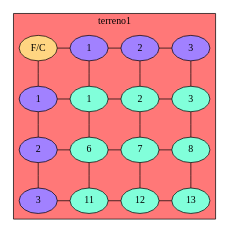
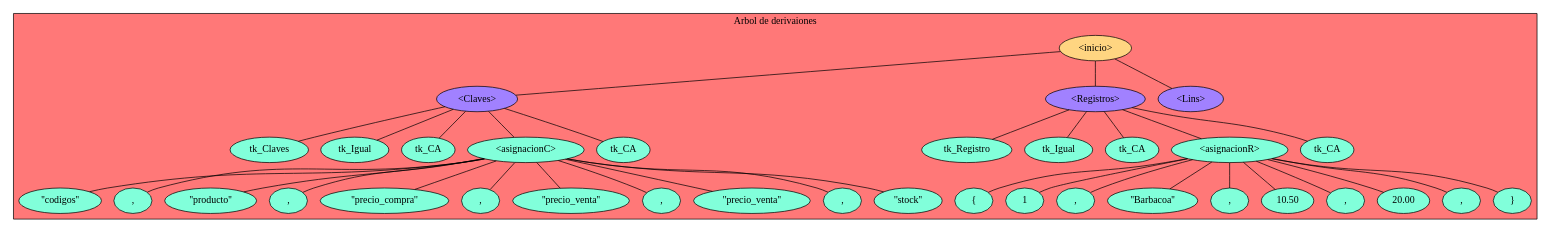
One commit to SergieArizandieta/LFP_Proyecto2_202000119 changed the diagram in Diagramas/Pantilla.dot. Above: the diagram before and after it, drawn with Graphviz. The commit also changed 20 other files, not shown here.

```diff
--- a/Diagramas/Pantilla.dot
+++ b/Diagramas/Pantilla.dot
@@ -1,71 +1,97 @@
 
 graph L{
 node[shape=oval fillcolor="#A181FF" style =filled]
 
 subgraph cluster_p{
-label= " terreno1 "
+label= " Arbol de derivaiones "
 bgcolor = "#FF7878"
-raiz[label = "F/C" fillcolor="#FFD581" ]
-
-Fila1[label="1",group=1];
-Fila2[label="2",group=1];
-Fila3[label="3",group=1];
-
-Fila1--Fila2;
-Fila2--Fila3;
-
-Columna1[label="1",group=2];
-Columna2[label="2",group=3];
-Columna3[label="3",group=4];
-
-Columna1--Columna2;
-Columna2--Columna3;
-
-raiz--Fila1; 
-raiz--Columna1;
-
- {rank=same;raiz;Columna1;Columna2;Columna3;}
-
-nodo1_1[label="1",fillcolor="#81FFDA",group=2]
-nodo1_2[label="2",fillcolor="#81FFDA",group=3]
-nodo1_3[label="3",fillcolor="#81FFDA",group=4]
-
-nodo2_1[label="6",fillcolor="#81FFDA",group=2]
-nodo2_2[label="7",fillcolor="#81FFDA",group=3]
-nodo2_3[label="8",fillcolor="#81FFDA",group=4]
-
-nodo3_1[label="11",fillcolor="#81FFDA",group=2]
-nodo3_2[label="12",fillcolor="#81FFDA",group=3]
-nodo3_3[label="13",fillcolor="#81FFDA",group=4]
-
-Fila1--nodo1_1;
-{rank=same;Fila1,nodo1_1,nodo1_2,nodo1_3}
-Fila2--nodo2_1;
-{rank=same;Fila2,nodo2_1,nodo2_2,nodo2_3}
-Fila3--nodo3_1;
-{rank=same;Fila3,nodo3_1,nodo3_2,nodo3_3}
-
-Columna1--nodo1_1;
-Columna2--nodo1_2;
-Columna3--nodo1_3;
-
-nodo1_1--nodo1_2;
-nodo1_2--nodo1_3;
-
-nodo2_1--nodo2_2;
-nodo2_2--nodo2_3;
-
-nodo3_1--nodo3_2;
-nodo3_2--nodo3_3;
+raiz[label = "<inicio>" fillcolor="#FFD581" ]
 
 
- /*Enlazar*/
- nodo1_1--nodo2_1;
-nodo1_2--nodo2_2;
-nodo1_3--nodo2_3;
+Columna1[label="<Claves>"];
+Columna2[label="<Registros>"];
+Columna3[label="<Lins>"];
 
-nodo2_1--nodo3_1;
-nodo2_2--nodo3_2;
-nodo2_3--nodo3_3;
+raiz--Columna1;
+raiz--Columna2;
+raiz--Columna3;
+
+nodo1_1_1[label="tk_Claves",fillcolor="#81FFDA"]
+nodo1_2_1[label="tk_Igual",fillcolor="#81FFDA"]
+nodo1_3_1[label="tk_CA",fillcolor="#81FFDA"]
+
+nodo1_4_1[label="<asignacionC>",fillcolor="#81FFDA"]
+nodo1_4_2[label="''codigos'' ",fillcolor="#81FFDA"]
+nodo1_4_3[label=", ",fillcolor="#81FFDA"]
+nodo1_4_4[label="''producto'' ",fillcolor="#81FFDA"]
+nodo1_4_5[label=", ",fillcolor="#81FFDA"]
+nodo1_4_6[label="''precio_compra'' ",fillcolor="#81FFDA"]
+nodo1_4_7[label=", ",fillcolor="#81FFDA"]
+nodo1_4_8[label="''precio_venta'' ",fillcolor="#81FFDA"]
+nodo1_4_9[label=", ",fillcolor="#81FFDA"]
+nodo1_4_10[label="''precio_venta'' ",fillcolor="#81FFDA"]
+nodo1_4_11[label=", ",fillcolor="#81FFDA"]
+nodo1_4_12[label="''stock'' ",fillcolor="#81FFDA"]
+
+nodo1_5_1[label="tk_CA",fillcolor="#81FFDA"]
+
+Columna1--nodo1_1_1;
+Columna1--nodo1_2_1;
+Columna1--nodo1_3_1;
+Columna1--nodo1_4_1;
+
+nodo1_4_1--nodo1_4_2
+nodo1_4_1--nodo1_4_3
+nodo1_4_1--nodo1_4_4
+nodo1_4_1--nodo1_4_5
+nodo1_4_1--nodo1_4_6
+nodo1_4_1--nodo1_4_7
+nodo1_4_1--nodo1_4_8
+nodo1_4_1--nodo1_4_9
+nodo1_4_1--nodo1_4_10
+nodo1_4_1--nodo1_4_11
+nodo1_4_1--nodo1_4_12
+
+
+Columna1--nodo1_5_1;
+
+
+nodo2_1_1[label="tk_Registro",fillcolor="#81FFDA"]
+nodo2_2_1[label="tk_Igual",fillcolor="#81FFDA"]
+nodo2_3_1[label="tk_CA",fillcolor="#81FFDA"]
+
+nodo2_4_1[label="<asignacionR>",fillcolor="#81FFDA"]
+nodo2_4_2[label="{",fillcolor="#81FFDA"]
+nodo2_4_3[label="1",fillcolor="#81FFDA"]
+nodo2_4_4[label=",",fillcolor="#81FFDA"]
+nodo2_4_5[label="''Barbacoa''",fillcolor="#81FFDA"]
+nodo2_4_6[label=",",fillcolor="#81FFDA"]
+nodo2_4_7[label="10.50",fillcolor="#81FFDA"]
+nodo2_4_8[label=",",fillcolor="#81FFDA"]
+nodo2_4_9[label="20.00",fillcolor="#81FFDA"]
+nodo2_4_10[label=",",fillcolor="#81FFDA"]
+nodo2_4_11[label="6",fillcolor="#81FFDA"]
+nodo2_4_11[label="}",fillcolor="#81FFDA"]
+
+Columna2--nodo2_1_1;
+Columna2--nodo2_2_1;
+Columna2--nodo2_3_1;
+Columna2--nodo2_4_1;
+
+nodo2_5_1[label="tk_CA",fillcolor="#81FFDA"]
+nodo2_4_1--nodo2_4_2
+nodo2_4_1--nodo2_4_3
+nodo2_4_1--nodo2_4_4
+nodo2_4_1--nodo2_4_5
+nodo2_4_1--nodo2_4_6
+nodo2_4_1--nodo2_4_7
+nodo2_4_1--nodo2_4_8
+nodo2_4_1--nodo2_4_9
+nodo2_4_1--nodo2_4_10
+nodo2_4_1--nodo2_4_11
+
+
+Columna2--nodo2_5_1;
+
 
 } }
```
